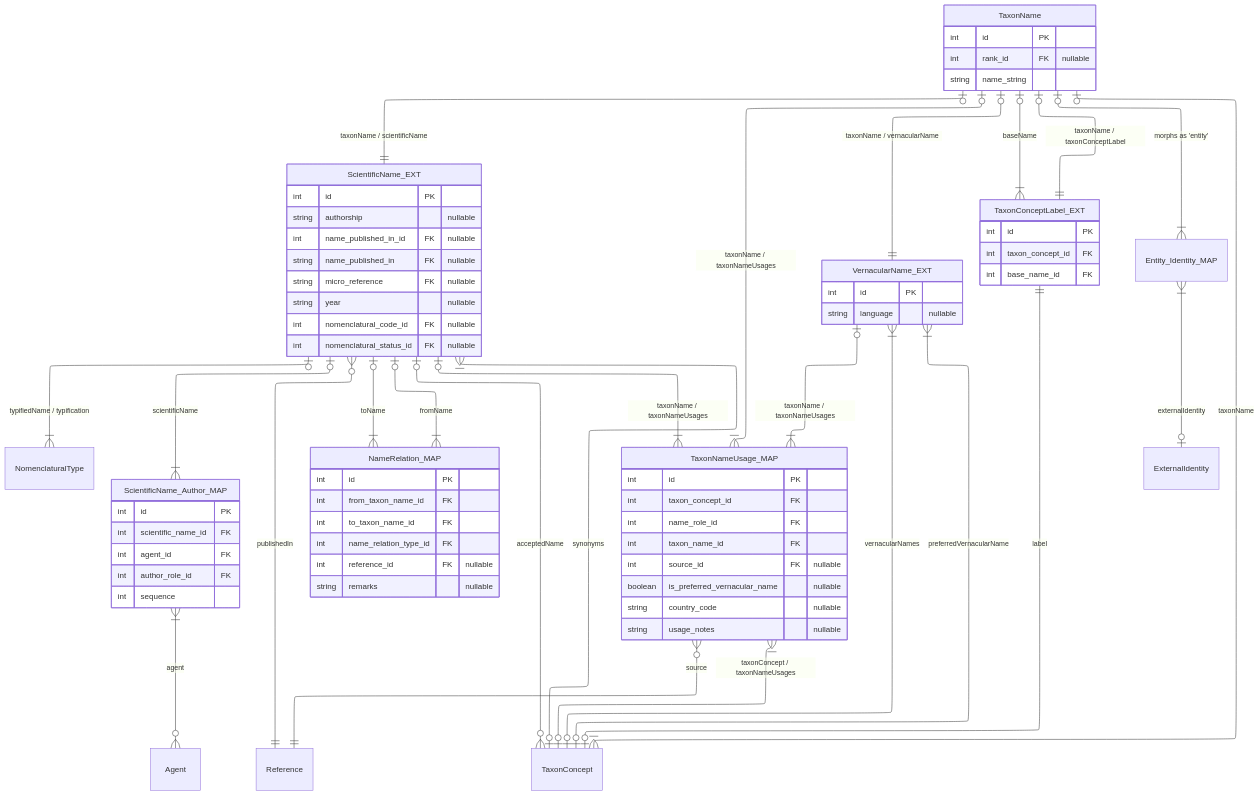
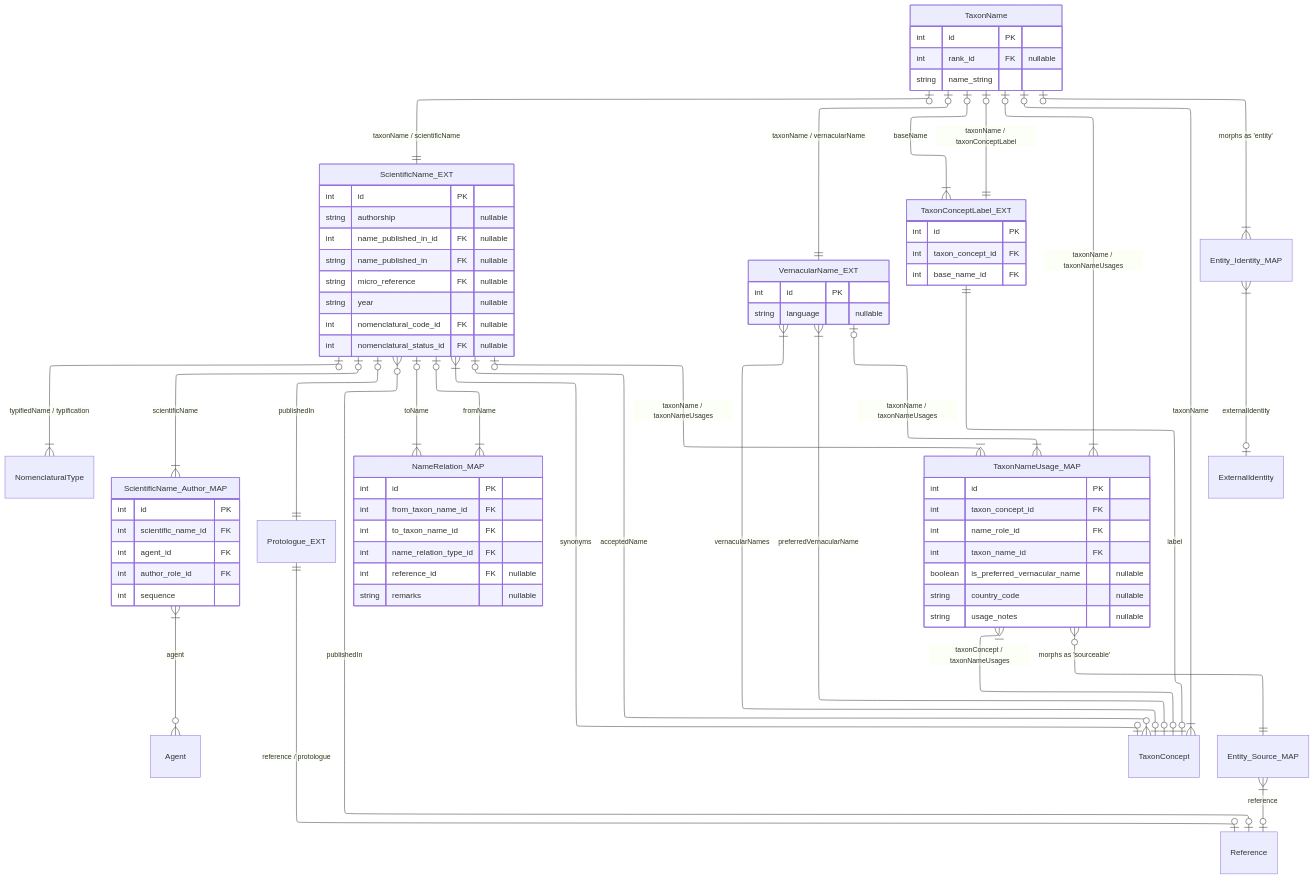
Before and after one commit to vicflora/vicflora-data-model-2026: the third of 18 diagrams in docs/layers.md, drawn with Mermaid. The commit also changed other lines of this file, not shown here.

```diff
--- a/docs/layers.md
+++ b/docs/layers.md
@@ -126,7 +123,9 @@
     %% Scientific Name authorship
     ScientificName_EXT |o--|{ ScientificName_Author_MAP : scientificName
     ScientificName_Author_MAP }|--o{ Agent : agent
-    ScientificName_EXT }o--|| Reference : "publishedIn"
+    ScientificName_EXT |o--|| Protologue_EXT : "publishedIn"
+    Protologue_EXT ||--o| Reference : "reference / protologue"
+    ScientificName_EXT }o--o| Reference : "publishedIn"
 
     TaxonName |o--|| VernacularName_EXT : "taxonName / vernacularName"
 
@@ -145,13 +144,10 @@
     ScientificName_EXT |o--|{ TaxonNameUsage_MAP : "taxonName / taxonNameUsages"
     VernacularName_EXT |o--|{ TaxonNameUsage_MAP : "taxonName / taxonNameUsages"
     TaxonNameUsage_MAP }|--o| TaxonConcept : "taxonConcept / taxonNameUsages"
-    TaxonNameUsage_MAP }o--|| Reference : "source"
-    
+    TaxonNameUsage_MAP }o--|| Entity_Source_MAP : "morphs as 'sourceable'"
+    Entity_Source_MAP }|--o| Reference : "reference"
 
     TaxonName |o--|| TaxonConceptLabel_EXT : "taxonName / taxonConceptLabel"
-
-
-
 
     %% Taxon Concept Label
     TaxonConceptLabel_EXT ||--o| TaxonConcept : "label"
@@ -161,19 +157,11 @@
     TaxonName |o--|{ Entity_Identity_MAP : "morphs as 'entity'"
     Entity_Identity_MAP }|--o| ExternalIdentity : "externalIdentity"
 
-    %% ScientificName_EXT }o--o| ControlledTerm: "nomenclaturalStatus"
-    %% ScientificName_EXT }o--o| ControlledTerm: "nomenclaturalCode"
-    %% ScientificName_Author_MAP }|--o| ControlledTerm : authorRole
-    %% NameRelation_MAP }|--o| ControlledTerm : "nameRelationType"
-    %% TaxonNameUsage_MAP }|--o| ControlledTerm : "nameRole"
-    %% TaxonName }o--o| ControlledTerm : "rank"
-    
     TaxonNameUsage_MAP {
         int id PK
         int taxon_concept_id FK
         int name_role_id FK
         int taxon_name_id FK
-        int source_id FK "nullable"
         boolean is_preferred_vernacular_name "nullable"
         string country_code "nullable"
         string usage_notes "nullable"    
```
